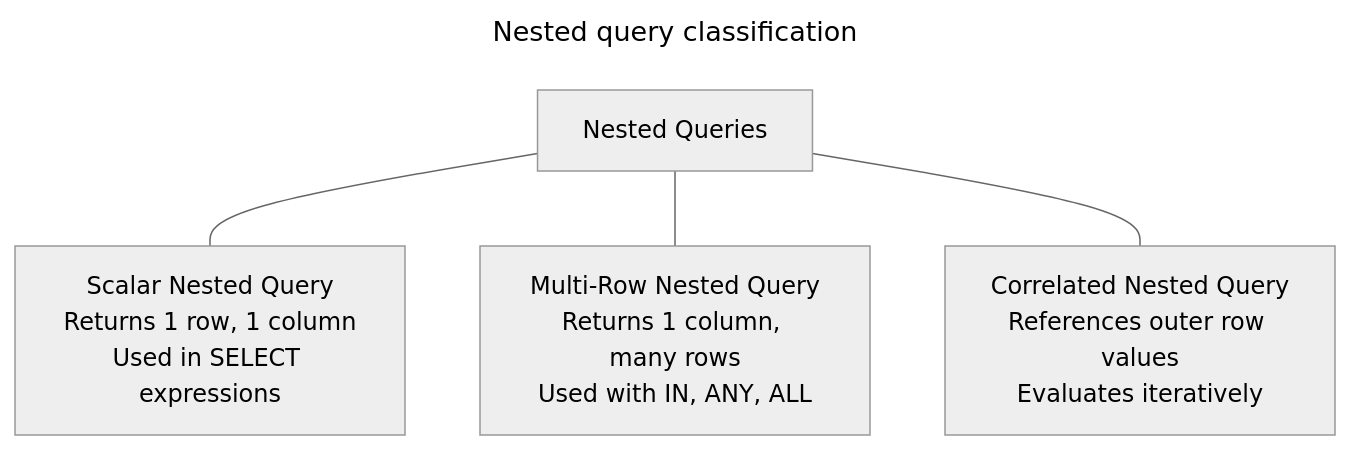
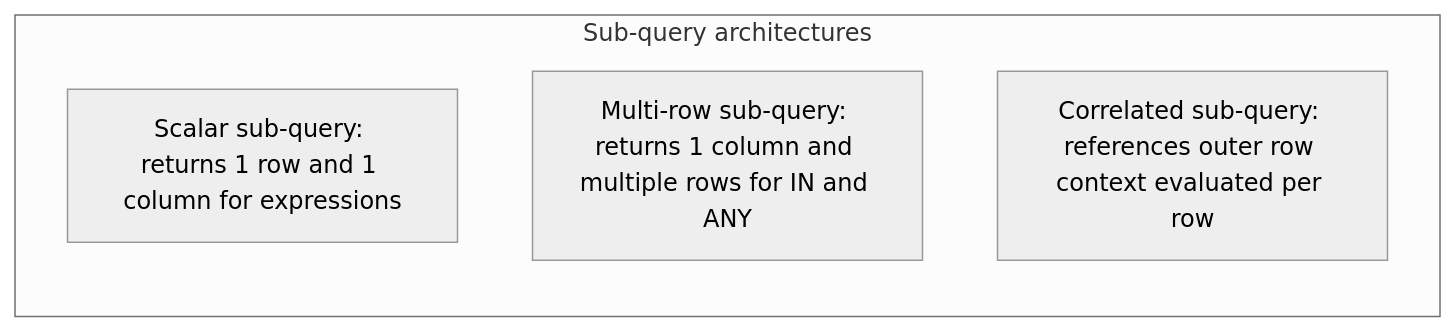
One commit to VineethChivukula/dedocs changed the first of 2 diagrams in content/sql/subqueries-and-set-operations.md. Above: the diagram before and after it, drawn with Mermaid (neutral theme). The commit also changed other lines of this file and 26 other files, not shown here.

````diff
--- a/content/sql/subqueries-and-set-operations.md
+++ b/content/sql/subqueries-and-set-operations.md
@@ -44,14 +81,9 @@
 ```mermaid
----
-title: Nested query classification
----
 flowchart TD
-    Sub["Nested Queries"]
-    Scalar["Scalar Nested Query<br/>Returns 1 row, 1 column<br/>Used in SELECT expressions"]
-    Multi["Multi-Row Nested Query<br/>Returns 1 column, many rows<br/>Used with IN, ANY, ALL"]
-    Corr["Correlated Nested Query<br/>References outer row values<br/>Evaluates iteratively"]
-
-    Sub --- Scalar
-    Sub --- Multi
-    Sub --- Corr
+    subgraph Subqueries ["Sub-query architectures"]
+        direction TB
+        Scalar["Scalar sub-query: returns 1 row and 1 column for expressions"]
+        Multi["Multi-row sub-query: returns 1 column and multiple rows for IN and ANY"]
+        Corr["Correlated sub-query: references outer row context evaluated per row"]
+    end
 ```
````
